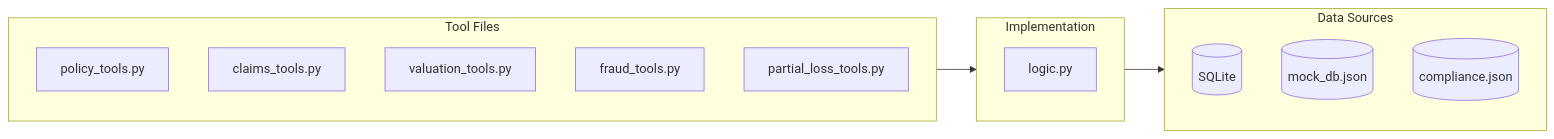
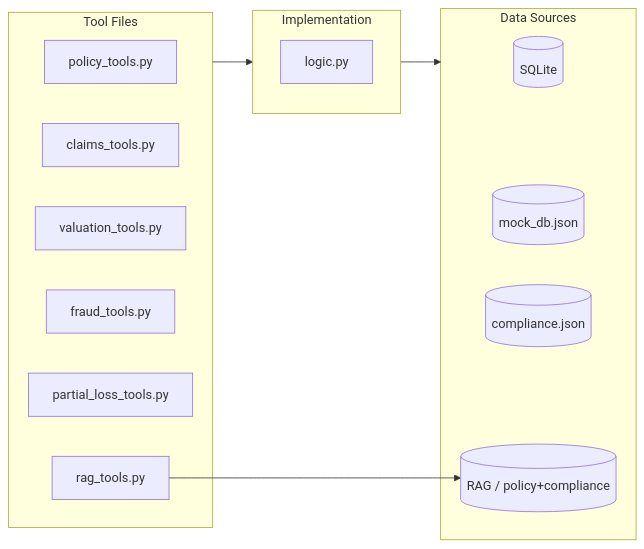
One commit to csmangum/auto-agent changed the diagram in docs/tools.md. Above: the diagram before and after it, drawn with Mermaid. The commit also changed other lines of this file and 2 other files, not shown here.

First line of the commit message:
docs: Add RAG documentation and update index

````diff
--- a/docs/tools.md
+++ b/docs/tools.md
@@ -9,22 +9,25 @@
 ```mermaid
 flowchart LR
     subgraph Tools["Tool Files"]
         A[policy_tools.py]
         B[claims_tools.py]
         C[valuation_tools.py]
         D[fraud_tools.py]
         E[partial_loss_tools.py]
+        R[rag_tools.py]
     end
     
     subgraph Logic["Implementation"]
         F[logic.py]
     end
     
     subgraph Data["Data Sources"]
         G[(SQLite)]
         H[(mock_db.json)]
         I[(compliance.json)]
+        J[(RAG / policy+compliance)]
     end
     
     Tools --> Logic --> Data
+    R --> J
 ```
````
